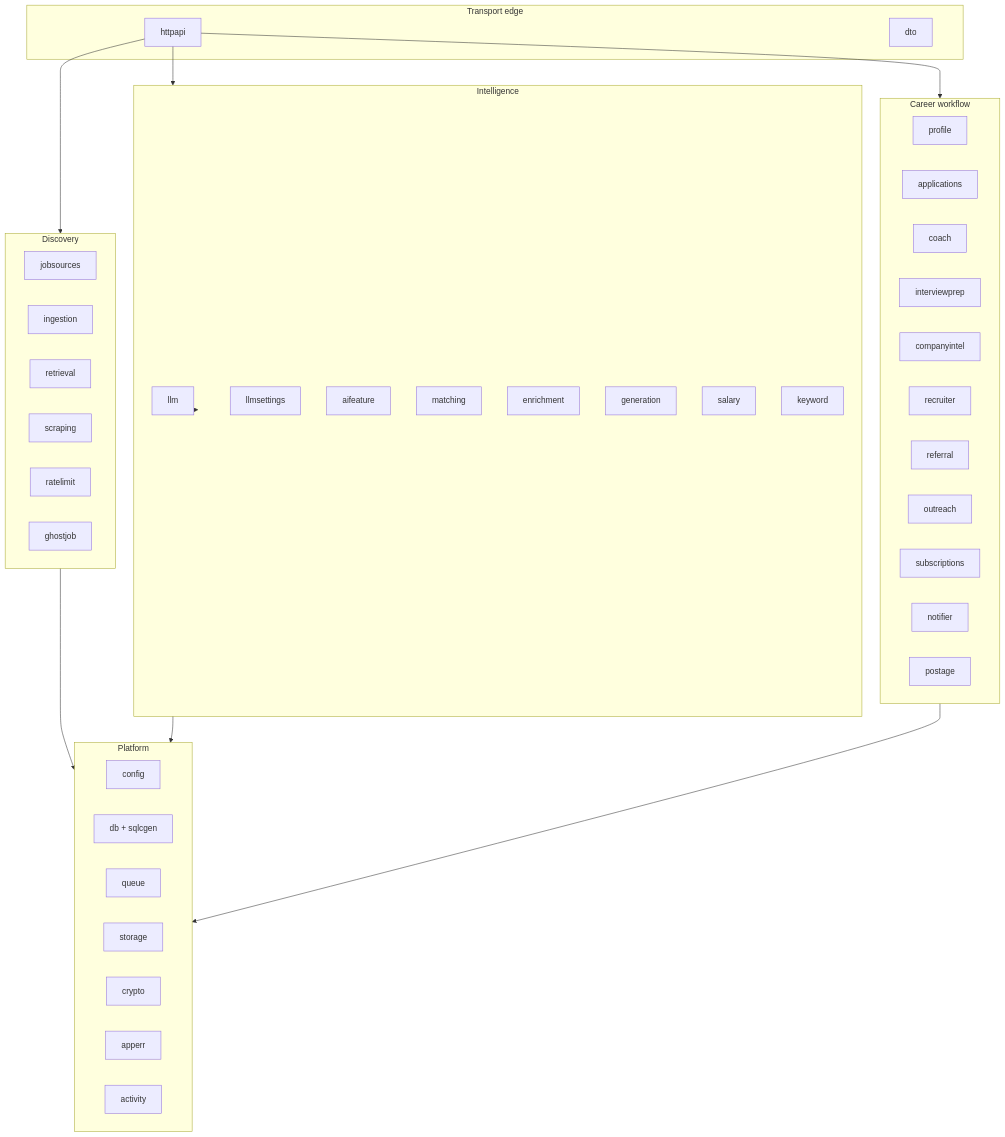
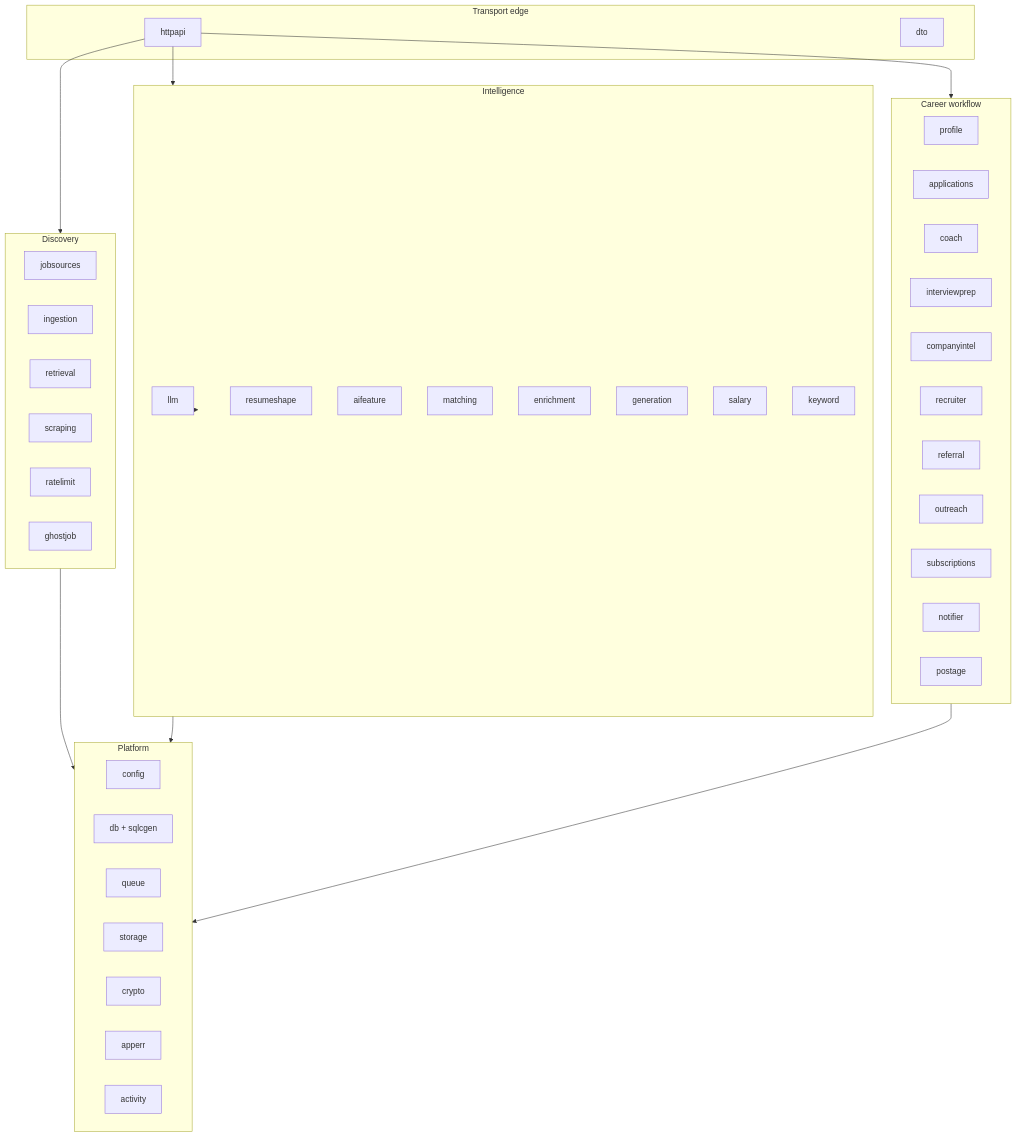
The first of 2 diagrams in docs/docs/architecture/component-map.md (nonamecat19/job-finder), drawn with Mermaid before and after one commit. The commit also changed other lines of this file and 15 other files, not shown here.

````diff
--- a/docs/docs/architecture/component-map.md
+++ b/docs/docs/architecture/component-map.md
@@ -11,52 +11,52 @@
 ```mermaid
 flowchart TB
     subgraph Edge["Transport edge"]
         HTTPAPI["httpapi"]
         DTO["dto"]
     end
     subgraph Platform["Platform"]
         CONFIG["config"]
         DB["db + sqlcgen"]
         QUEUE["queue"]
         STOR["storage"]
         CRYPTO["crypto"]
         APPERR["apperr"]
         ACT["activity"]
     end
     subgraph Discovery["Discovery"]
         JS["jobsources"]
         INGE["ingestion"]
         RETR["retrieval"]
         SCRAPE["scraping"]
         RL["ratelimit"]
         GHOST["ghostjob"]
     end
     subgraph Intelligence["Intelligence"]
         LLM["llm"]
-        LSET["llmsettings"]
+        RSHAPE["resumeshape"]
         AIF["aifeature"]
         MATCH["matching"]
         ENR["enrichment"]
         GEN["generation"]
         SAL["salary"]
         KW["keyword"]
     end
     subgraph Career["Career workflow"]
         PROF["profile"]
         APPS["applications"]
         COACH["coach"]
         PREP["interviewprep"]
         CI["companyintel"]
         REC["recruiter"]
         REF["referral"]
         OUT["outreach"]
         SUB["subscriptions"]
         NOTIF["notifier"]
         POST["postage"]
     end
     HTTPAPI --> Discovery & Intelligence & Career
     Discovery --> Platform
     Intelligence --> Platform
     Career --> Platform
     Intelligence --> LLM
 ```
````
